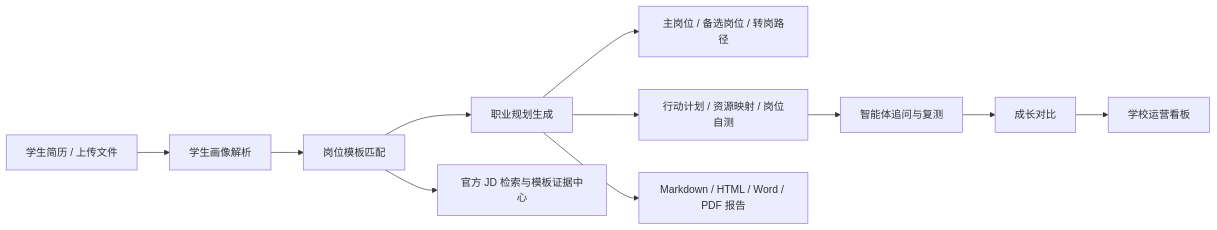
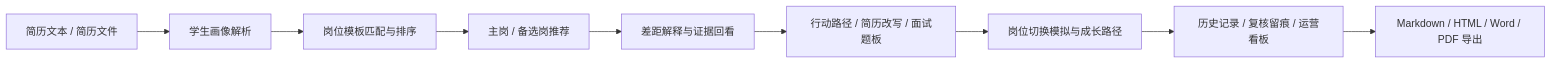
One commit to yangtianlszf/CareerLoop-A13 changed the diagram in README.md. Above: the diagram before and after it, drawn with Mermaid. The commit also changed other lines of this file and 23 other files, not shown here.

````diff
--- a/README.md
+++ b/README.md
@@ -46,13 +68,11 @@
 ```mermaid
 flowchart LR
-    A[学生简历 / 上传文件] --> B[学生画像解析]
-    B --> C[岗位模板匹配]
-    C --> D[职业规划生成]
-    D --> E[主岗位 / 备选岗位 / 转岗路径]
-    D --> F[行动计划 / 资源映射 / 岗位自测]
-    F --> G[智能体追问与复测]
-    G --> H[成长对比]
-    D --> I[Markdown / HTML / Word / PDF 报告]
-    C --> J[官方 JD 检索与模板证据中心]
-    H --> K[学校运营看板]
+    A[简历文本 / 简历文件] --> B[学生画像解析]
+    B --> C[岗位模板匹配与排序]
+    C --> D[主岗 / 备选岗推荐]
+    D --> E[差距解释与证据回看]
+    E --> F[行动路径 / 简历改写 / 面试题板]
+    F --> G[岗位切换模拟与成长路径]
+    G --> H[历史记录 / 复核留痕 / 运营看板]
+    H --> I[Markdown / HTML / Word / PDF 导出]
 ```
````
